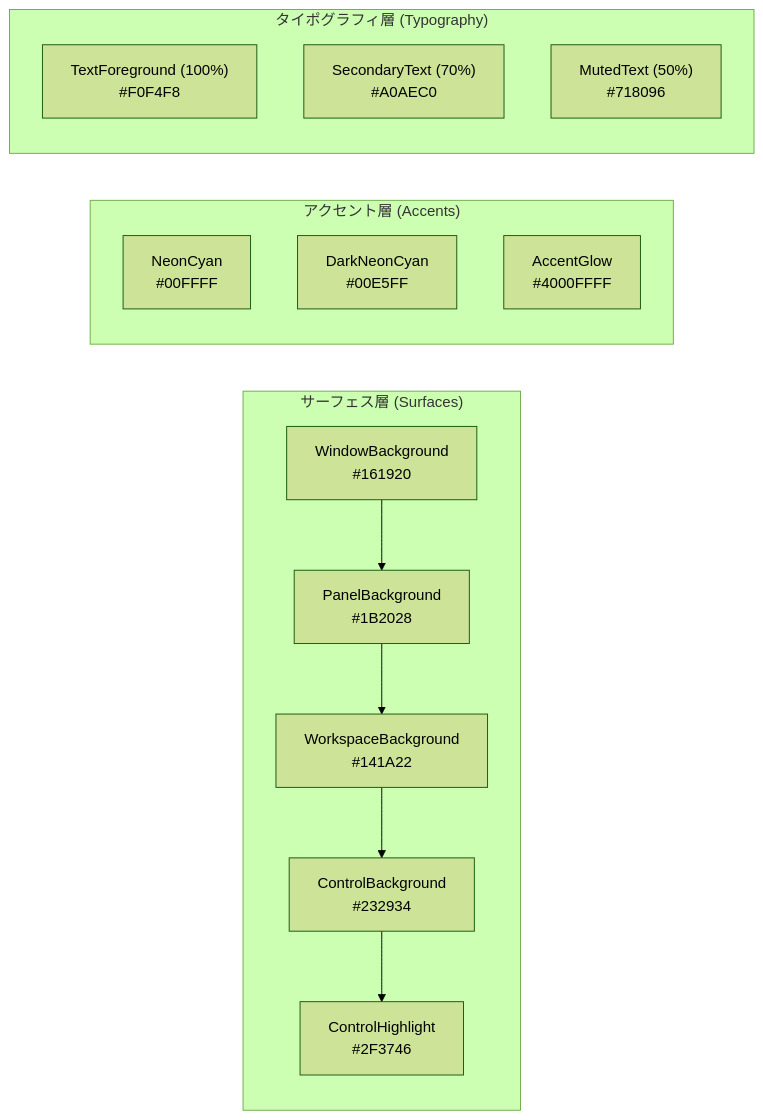
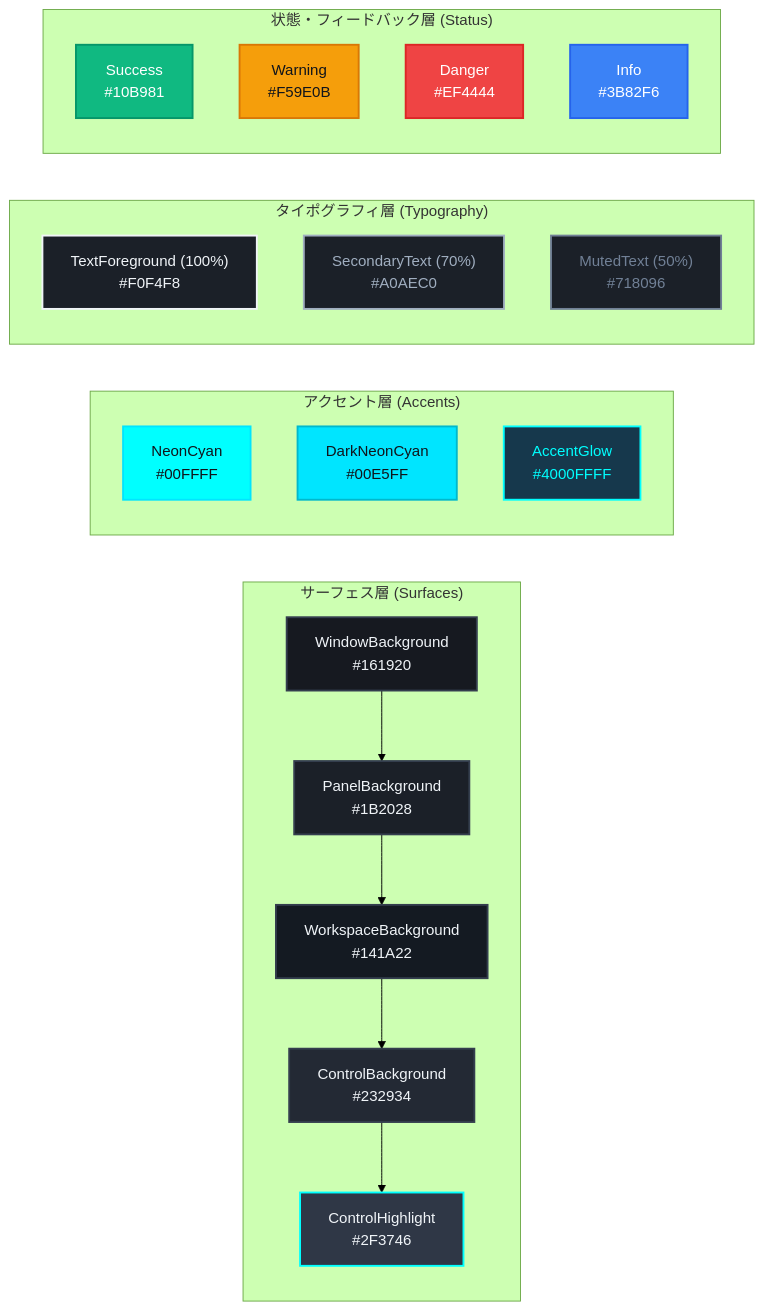
The diagram in 設計/デザインシステム/01_デザイントークン仕様書.md (taketonnbo/Audio_Effector), drawn with Mermaid (forest theme) before and after one commit. The commit also changed other lines of this file and 1 other file, not shown here.

````diff
--- a/設計/デザインシステム/01_デザイントークン仕様書.md
+++ b/設計/デザインシステム/01_デザイントークン仕様書.md
@@ -16,21 +16,47 @@
 ```mermaid
 flowchart LR
+    classDef windowBg fill:#161920,stroke:#343E4E,stroke-width:2px,color:#F0F4F8;
+    classDef panelBg fill:#1B2028,stroke:#343E4E,stroke-width:2px,color:#F0F4F8;
+    classDef workspaceBg fill:#141A22,stroke:#343E4E,stroke-width:2px,color:#F0F4F8;
+    classDef controlBg fill:#232934,stroke:#343E4E,stroke-width:2px,color:#F0F4F8;
+    classDef highlightBg fill:#2F3746,stroke:#00FFFF,stroke-width:2px,color:#F0F4F8;
+
+    classDef neonCyan fill:#00FFFF,stroke:#00E5FF,stroke-width:2px,color:#10141B;
+    classDef darkCyan fill:#00E5FF,stroke:#00B8CC,stroke-width:2px,color:#10141B;
+    classDef glow fill:#16384C,stroke:#00FFFF,stroke-width:2px,color:#00FFFF;
+
+    classDef text1 fill:#1B2028,stroke:#F0F4F8,stroke-width:2px,color:#F0F4F8;
+    classDef text2 fill:#1B2028,stroke:#A0AEC0,stroke-width:2px,color:#A0AEC0;
+    classDef text3 fill:#1B2028,stroke:#718096,stroke-width:2px,color:#718096;
+
+    classDef colSuccess fill:#10B981,stroke:#059669,stroke-width:2px,color:#FFFFFF;
+    classDef colWarning fill:#F59E0B,stroke:#D97706,stroke-width:2px,color:#10141B;
+    classDef colDanger fill:#EF4444,stroke:#DC2626,stroke-width:2px,color:#FFFFFF;
+    classDef colInfo fill:#3B82F6,stroke:#2563EB,stroke-width:2px,color:#FFFFFF;
+
     subgraph Surfaces ["サーフェス層 (Surfaces)"]
-        W["WindowBackground<br/>#161920"] --> P["PanelBackground<br/>#1B2028"]
-        P --> K["WorkspaceBackground<br/>#141A22"]
-        K --> C["ControlBackground<br/>#232934"]
-        C --> CH["ControlHighlight<br/>#2F3746"]
+        W["WindowBackground<br/>#161920"]:::windowBg --> P["PanelBackground<br/>#1B2028"]:::panelBg
+        P --> K["WorkspaceBackground<br/>#141A22"]:::workspaceBg
+        K --> C["ControlBackground<br/>#232934"]:::controlBg
+        C --> CH["ControlHighlight<br/>#2F3746"]:::highlightBg
     end
 
     subgraph Accents ["アクセント層 (Accents)"]
-        NC["NeonCyan<br/>#00FFFF"]
-        DNC["DarkNeonCyan<br/>#00E5FF"]
-        Glow["AccentGlow<br/>#4000FFFF"]
+        NC["NeonCyan<br/>#00FFFF"]:::neonCyan
+        DNC["DarkNeonCyan<br/>#00E5FF"]:::darkCyan
+        Glow["AccentGlow<br/>#4000FFFF"]:::glow
     end
 
     subgraph Typography ["タイポグラフィ層 (Typography)"]
-        T1["TextForeground (100%)<br/>#F0F4F8"]
-        T2["SecondaryText (70%)<br/>#A0AEC0"]
-        T3["MutedText (50%)<br/>#718096"]
+        T1["TextForeground (100%)<br/>#F0F4F8"]:::text1
+        T2["SecondaryText (70%)<br/>#A0AEC0"]:::text2
+        T3["MutedText (50%)<br/>#718096"]:::text3
+    end
+
+    subgraph Status ["状態・フィードバック層 (Status)"]
+        ST1["Success<br/>#10B981"]:::colSuccess
+        ST2["Warning<br/>#F59E0B"]:::colWarning
+        ST3["Danger<br/>#EF4444"]:::colDanger
+        ST4["Info<br/>#3B82F6"]:::colInfo
     end
 ```
````
